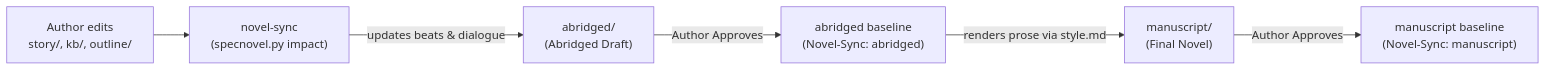
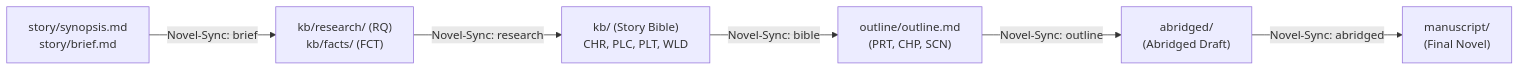
Before and after one commit to junov/SpecNovelist: the fourth of 4 diagrams in README.md, drawn with Mermaid. The commit also changed other lines of this file and 8 other files, not shown here.

Commit message:
feat: decouple stage baselines with dedicated brief baseline and parallel Git trailers

````diff
--- a/README.md
+++ b/README.md
@@ -340,8 +348,8 @@
 ```mermaid
 flowchart LR
-    A["Author edits\nstory/, kb/, outline/"] --> B["novel-sync\n(specnovel.py impact)"]
-    B -->|updates beats & dialogue| C["abridged/\n(Abridged Draft)"]
-    C -->|Author Approves| D["abridged baseline\n(Novel-Sync: abridged)"]
-    D -->|renders prose via style.md| E["manuscript/\n(Final Novel)"]
-    E -->|Author Approves| F["manuscript baseline\n(Novel-Sync: manuscript)"]
+    A["story/synopsis.md\nstory/brief.md"] -->|Novel-Sync: brief| B["kb/research/ (RQ)\nkb/facts/ (FCT)"]
+    B -->|Novel-Sync: research| C["kb/ (Story Bible)\nCHR, PLC, PLT, WLD"]
+    C -->|Novel-Sync: bible| D["outline/outline.md\n(PRT, CHP, SCN)"]
+    D -->|Novel-Sync: outline| E["abridged/\n(Abridged Draft)"]
+    E -->|Novel-Sync: abridged| F["manuscript/\n(Final Novel)"]
 ```
````
